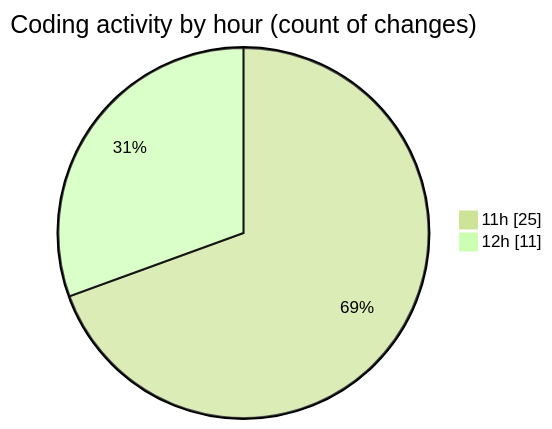
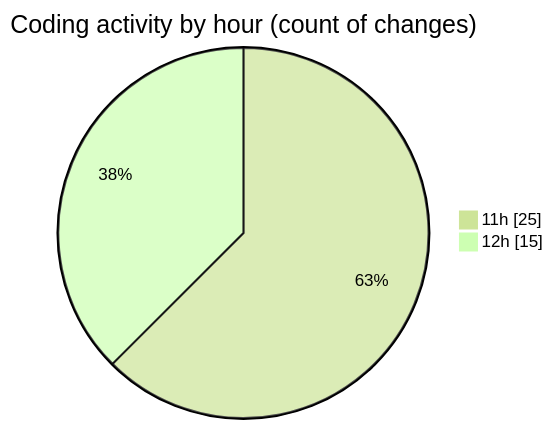
Before and after one commit to nxtqubesakshisongat/code-tracking: the second of 2 diagrams in 2025-08-13/nxtqube_webapp/README.md, drawn with Mermaid (forest theme). The commit also changed other lines of this file and 1 other file, not shown here.

````diff
--- a/2025-08-13/nxtqube_webapp/README.md
+++ b/2025-08-13/nxtqube_webapp/README.md
@@ -32,6 +32,6 @@
 ```mermaid
 pie showData
 title Coding activity by hour (count of changes)
 "11h" : 25
-"12h" : 11
+"12h" : 15
 ```
````
